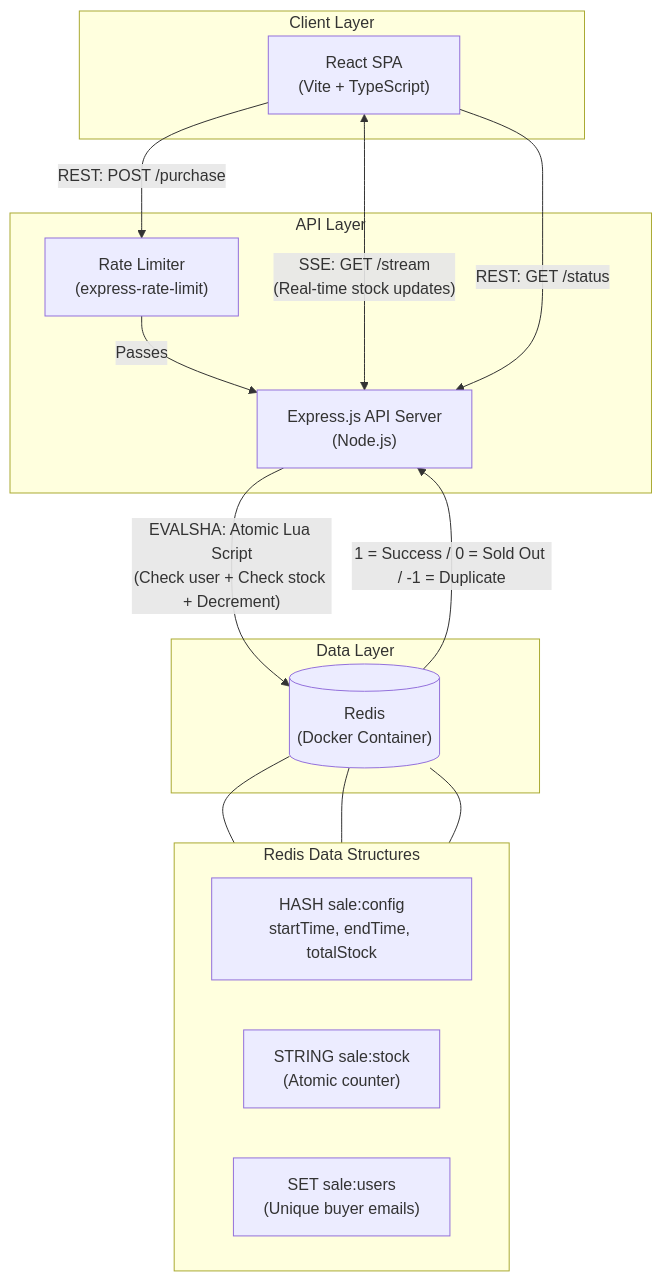
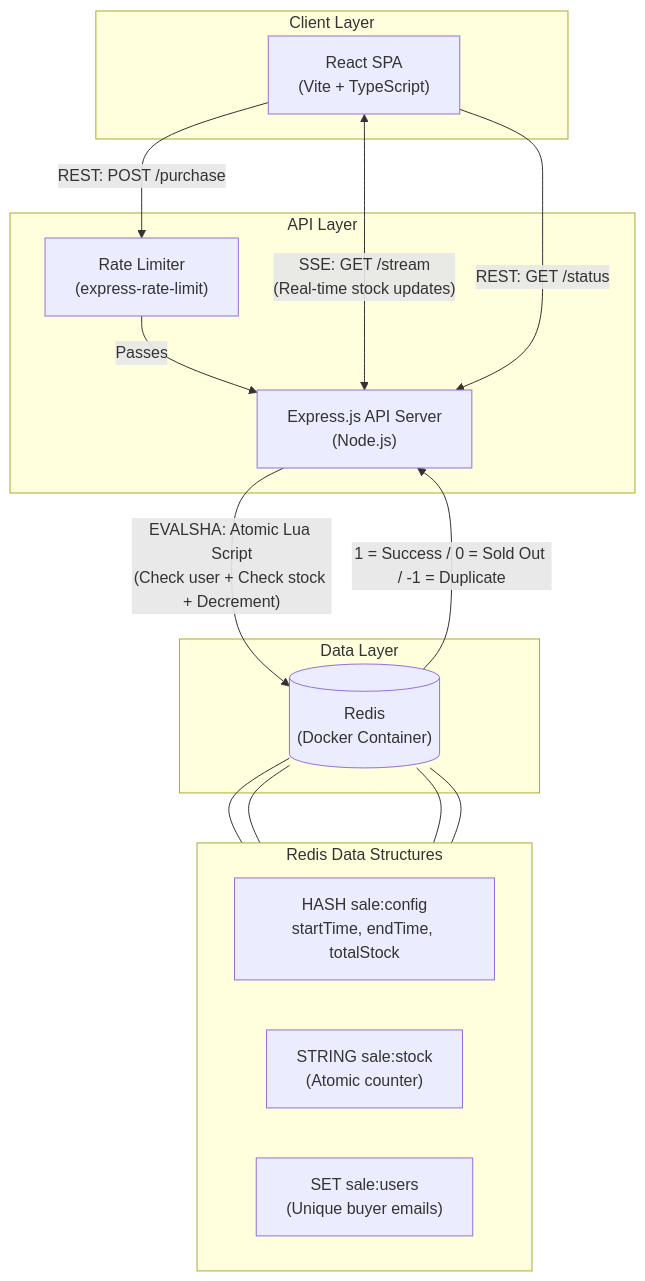
The diagram in README.md (babono/bookipi), drawn with Mermaid before and after one commit. The commit also changed other lines of this file and 2 other files, not shown here.

````diff
--- a/README.md
+++ b/README.md
@@ -17,34 +19,35 @@
 ```mermaid
 graph TD
     subgraph "Client Layer"
         A["React SPA<br/>(Vite + TypeScript)"]
     end
 
     subgraph "API Layer"
         RL["Rate Limiter<br/>(express-rate-limit)"]
         B["Express.js API Server<br/>(Node.js)"]
     end
 
     subgraph "Data Layer"
         C[("Redis<br/>(Docker Container)")]
     end
 
     A -->|"REST: POST /purchase"| RL
     RL -->|"Passes"| B
     A <-->|"SSE: GET /stream<br/>(Real-time stock updates)"| B
     A -->|"REST: GET /status"| B
 
     B -->|"EVALSHA: Atomic Lua Script<br/>(Check user + Check stock + Decrement)"| C
     C -->|"1 = Success / 0 = Sold Out / -1 = Duplicate"| B
 
     subgraph "Redis Data Structures"
         direction LR
         H["HASH sale:config<br/>startTime, endTime, totalStock"]
         S["STRING sale:stock<br/>(Atomic counter)"]
         U["SET sale:users<br/>(Unique buyer emails)"]
     end
 
     C --- H
     C --- S
     C --- U
+    C --- U
 ```
````
